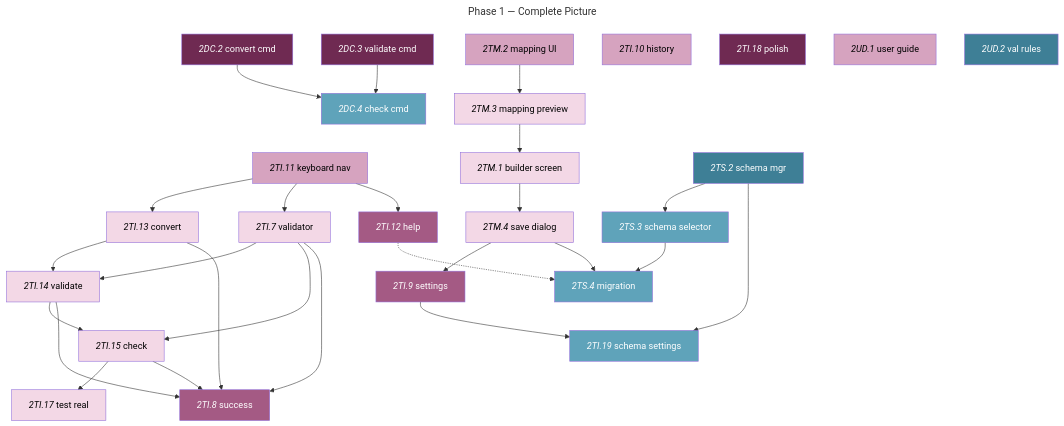
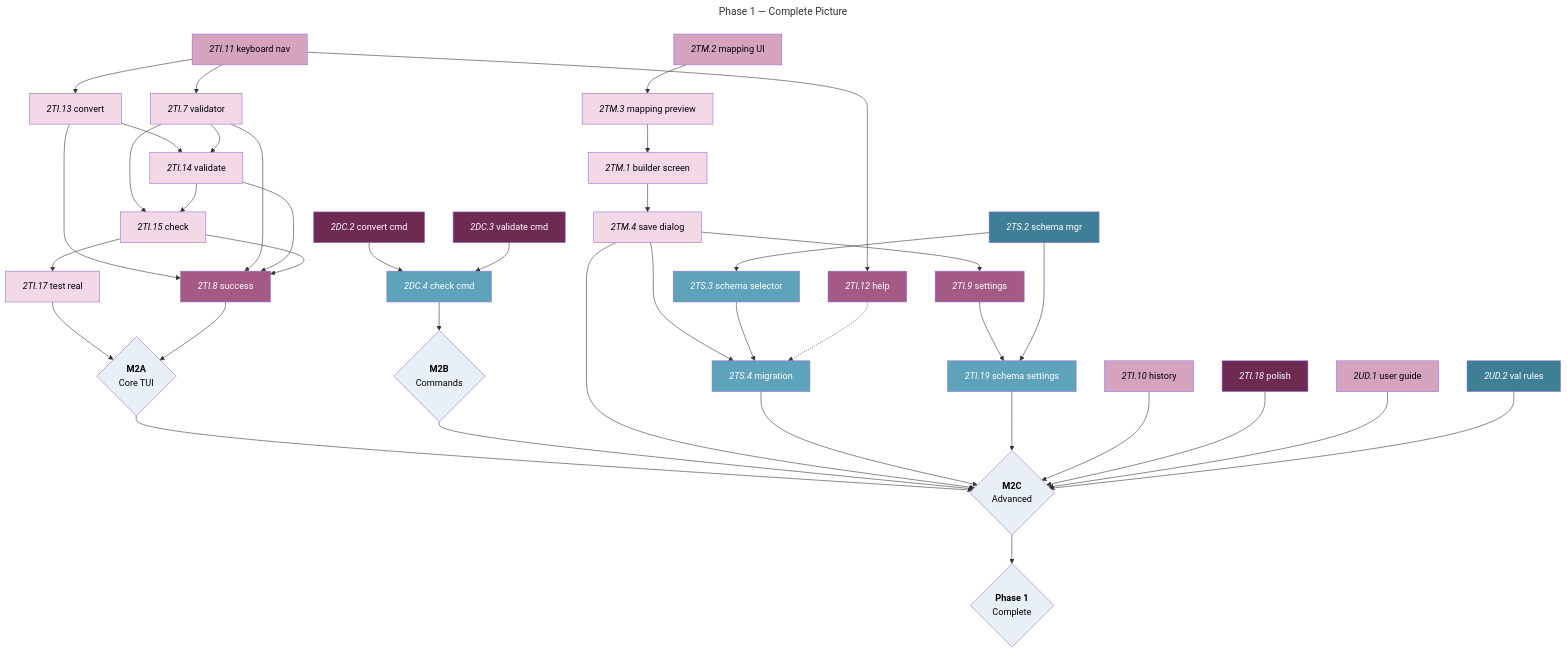
The fifth of 5 diagrams in docs/roadmaps/phase-1-mvp-features.md (foundersandcoders/iris), drawn with Mermaid before and after one commit.

Commit message:
docs: add milestones to aggregate map

```diff
--- a/docs/roadmaps/phase-1-mvp-features.md
+++ b/docs/roadmaps/phase-1-mvp-features.md
@@ -337,26 +337,48 @@
 2UD.1["`*2UD.1* user guide`"]:::must-open
 2UD.2["`*2UD.2* val rules`"]:::could-open
 
+%% Milestone nodes %%
+m2a{"`**M2A**<br/>Core TUI`"}:::mile
+m2b{"`**M2B**<br/>Commands`"}:::mile
+m2c{"`**M2C**<br/>Advanced`"}:::mile
+phase1{"`**Phase 1**<br/>Complete`"}:::mile
+
 %% M2A Dependencies %%
 2TI.11 --> 2TI.13 & 2TI.7 & 2TI.12
 2TI.13 --> 2TI.14 & 2TI.8
 2TI.7 --> 2TI.14 & 2TI.15 & 2TI.8
 2TI.14 --> 2TI.15 & 2TI.8
 2TI.15 --> 2TI.17 & 2TI.8
+2TI.17 --> m2a
+2TI.8 --> m2a
 
 %% M2B Dependencies %%
 2DC.2 --> 2DC.4
 2DC.3 --> 2DC.4
+2DC.4 --> m2b
+
+%% Cross-phase dependencies %%
+m2a --> m2c
+m2b --> m2c
 
 %% M2C Dependencies %%
 2TM.2 --> 2TM.3
 2TM.3 --> 2TM.1
 2TM.1 --> 2TM.4
-2TM.4 --> 2TI.9 & 2TS.4
+2TM.4 --> 2TI.9 & 2TS.4 & m2c
 2TI.9 --> 2TI.19
 2TS.2 --> 2TS.3 & 2TI.19
 2TS.3 --> 2TS.4
+2TS.4 --> m2c
 2TI.12 -.-> 2TS.4
+2TI.19 --> m2c
+2TI.10 --> m2c
+2TI.18 --> m2c
+2UD.1 --> m2c
+2UD.2 --> m2c
+
+%% Phase completion %%
+m2c --> phase1
 
 classDef must-open fill:#D6A3BF,color:#000;
 classDef must-blocked fill:#F3D8E6,color:#000;
```
